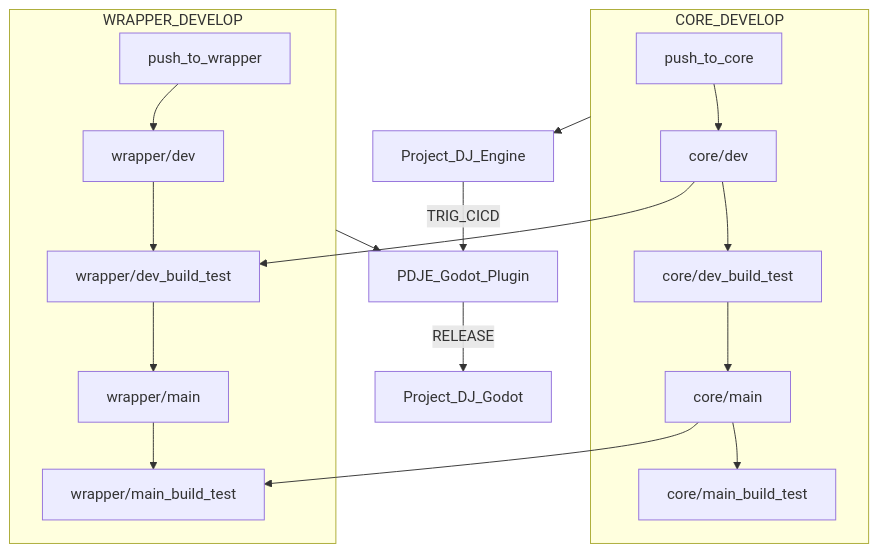
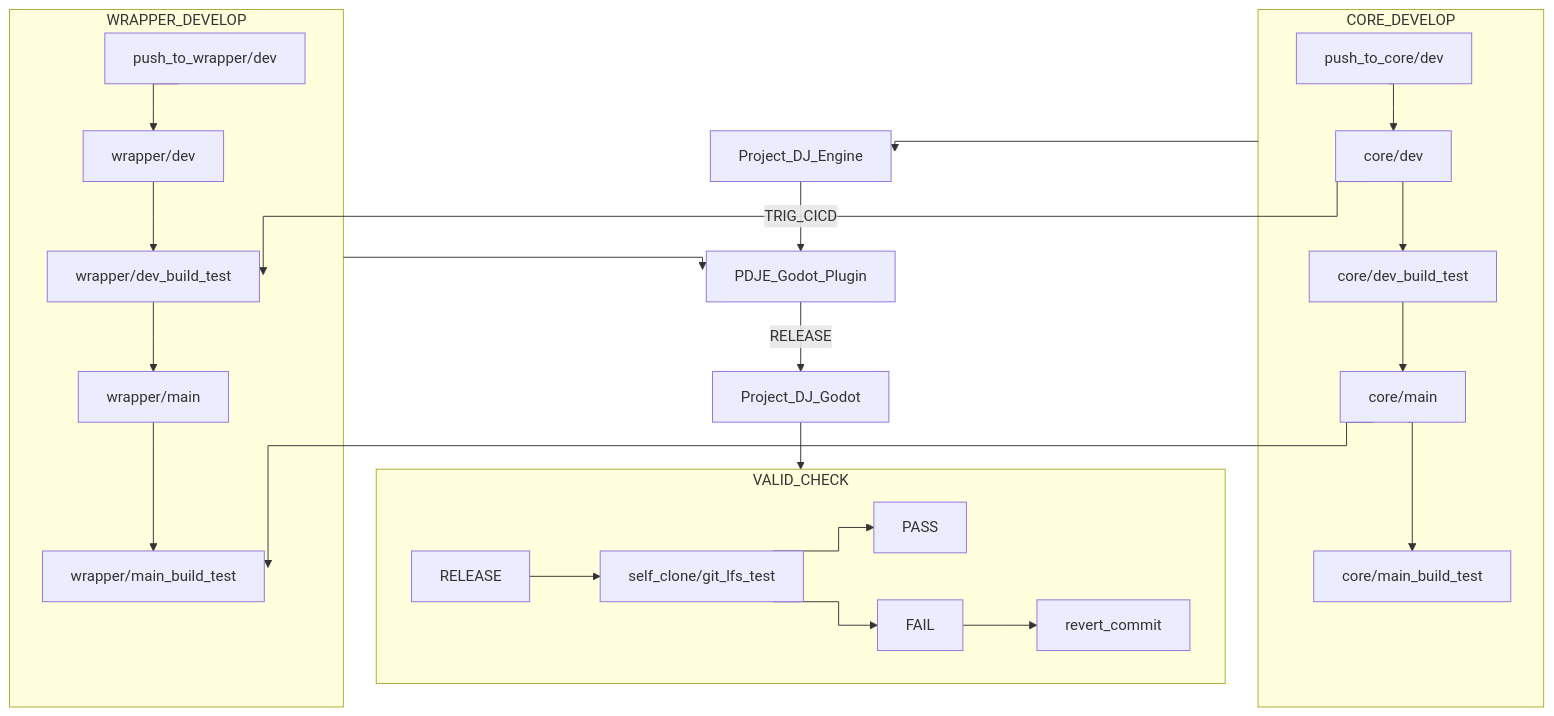
Before and after one commit to Rliop913/Project_DJ_Godot: the diagram in README.md, drawn with Mermaid.

Commit message:
Revise CI/CD call graph in README
Updated CI/CD call graph to reflect new push paths and validation checks.

````diff
--- a/README.md
+++ b/README.md
@@ -56,24 +56,32 @@
 ```mermaid
+%%{init: {'flowchart': {'curve': 'stepAfter'}}}%%
 flowchart TD
 
   subgraph CORE_DEVELOP
-    push_to_core --> core/dev
+    push_to_core/dev --> core/dev
     core/dev --> core/dev_build_test
     core/dev_build_test --> core/main
     core/main --> core/main_build_test
   end
 
+  subgraph VALID_CHECK
+    RELEASE --> self_clone/git_lfs_test
+    self_clone/git_lfs_test --> PASS
+    self_clone/git_lfs_test --> FAIL
+    FAIL --> revert_commit
+  end
   subgraph WRAPPER_DEVELOP
-    push_to_wrapper --> wrapper/dev
+    push_to_wrapper/dev --> wrapper/dev
     wrapper/dev --> wrapper/dev_build_test
     core/dev --> wrapper/dev_build_test
     wrapper/dev_build_test --> wrapper/main
     wrapper/main --> wrapper/main_build_test
     core/main --> wrapper/main_build_test
   end
+
 CORE_DEVELOP --> Project_DJ_Engine
 WRAPPER_DEVELOP --> PDJE_Godot_Plugin
 Project_DJ_Engine -->|TRIG_CICD| PDJE_Godot_Plugin
 PDJE_Godot_Plugin -->|RELEASE| Project_DJ_Godot
-
+Project_DJ_Godot --> VALID_CHECK
 ```
````
